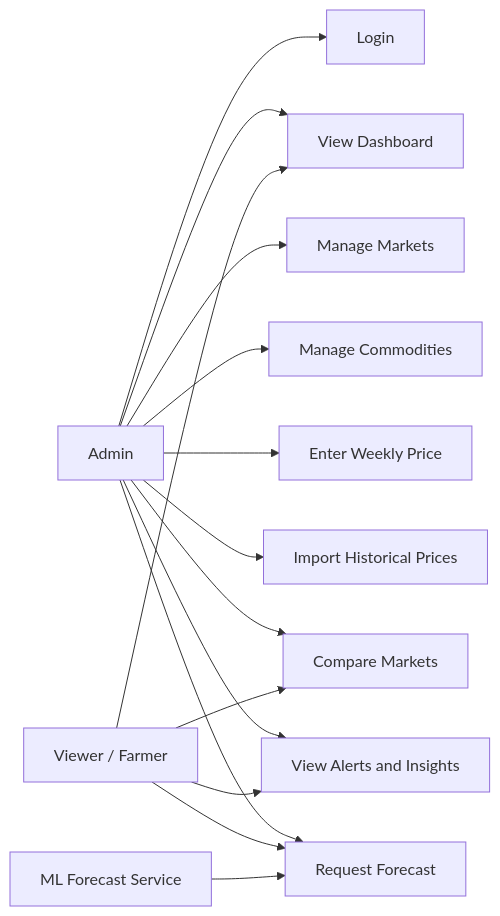
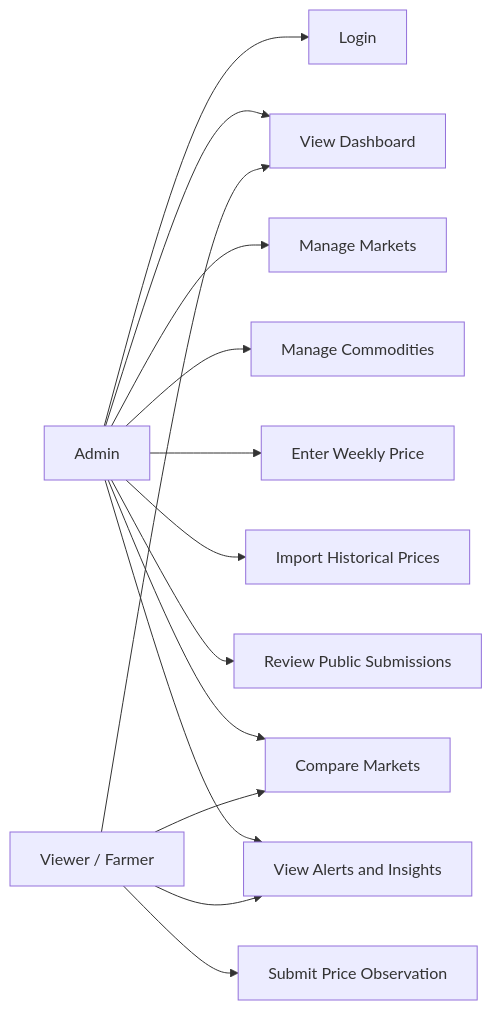
One commit to zeelot-Xy/Benue-AgriPrice-Insight changed the diagram in docs/academic/use-case-model.md. Above: the diagram before and after it, drawn with Mermaid. The commit also changed other lines of this file and 24 other files, not shown here.

Commit message:
docs: align academic and architecture docs with final no-forecast system

````diff
--- a/docs/academic/use-case-model.md
+++ b/docs/academic/use-case-model.md
@@ -125,19 +114,17 @@
 ```mermaid
 flowchart LR
   Admin["Admin"] --> UC1["Login"]
   Admin --> UC2["View Dashboard"]
   Admin --> UC3["Manage Markets"]
   Admin --> UC4["Manage Commodities"]
   Admin --> UC5["Enter Weekly Price"]
   Admin --> UC6["Import Historical Prices"]
-  Admin --> UC7["Compare Markets"]
-  Admin --> UC8["View Alerts and Insights"]
-  Admin --> UC9["Request Forecast"]
+  Admin --> UC8["Review Public Submissions"]
+  Admin --> UC9["Compare Markets"]
+  Admin --> UC10["View Alerts and Insights"]
 
   Viewer["Viewer / Farmer"] --> UC2
-  Viewer --> UC7
-  Viewer --> UC8
+  Viewer --> UC7["Submit Price Observation"]
   Viewer --> UC9
-
-  ML["ML Forecast Service"] --> UC9
+  Viewer --> UC10
 ```
````
